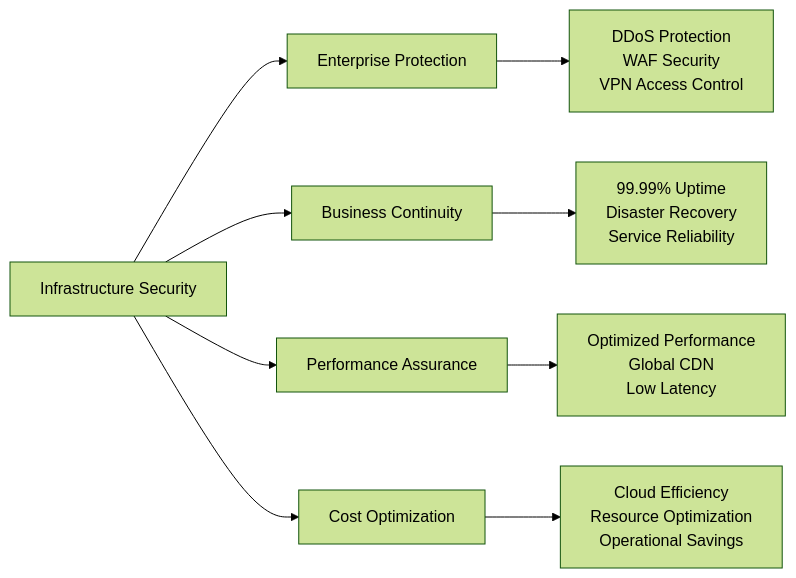
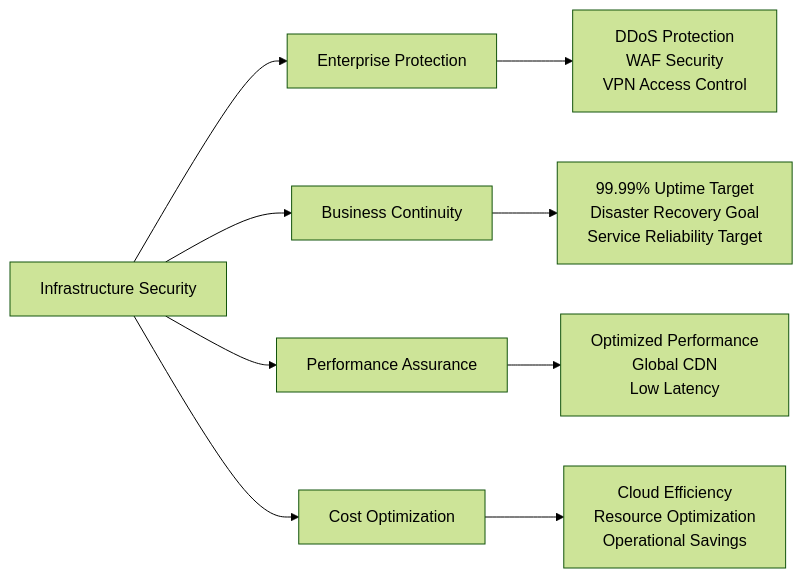
Before and after one commit to mydr24/book: the second of 2 diagrams in chapters/07-security-compliance.md, drawn with Mermaid (forest theme). The commit also changed other lines of this file and 15 other files, not shown here.

````diff
--- a/chapters/07-security-compliance.md
+++ b/chapters/07-security-compliance.md
@@ -40,12 +42,12 @@
 ```mermaid
 graph LR
     A[Infrastructure Security] --> B[Enterprise Protection]
     A --> C[Business Continuity]
     A --> D[Performance Assurance]
     A --> E[Cost Optimization]
     
     B --> F[DDoS Protection<br/>WAF Security<br/>VPN Access Control]
-    C --> G[99.99% Uptime<br/>Disaster Recovery<br/>Service Reliability]
+    C --> G[99.99% Uptime Target<br/>Disaster Recovery Goal<br/>Service Reliability Target]
     D --> H[Optimized Performance<br/>Global CDN<br/>Low Latency]
     E --> I[Cloud Efficiency<br/>Resource Optimization<br/>Operational Savings]
 ```
````
